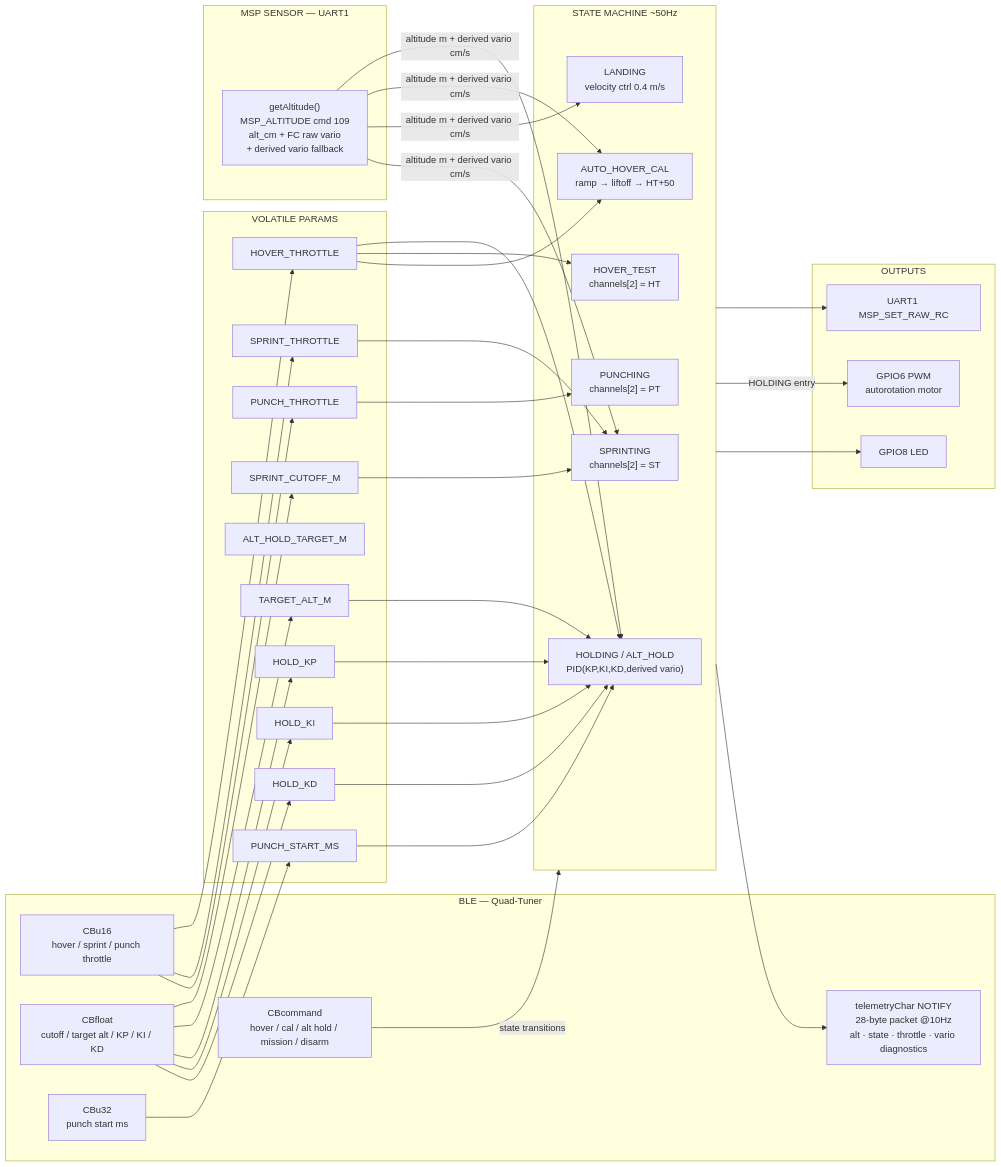
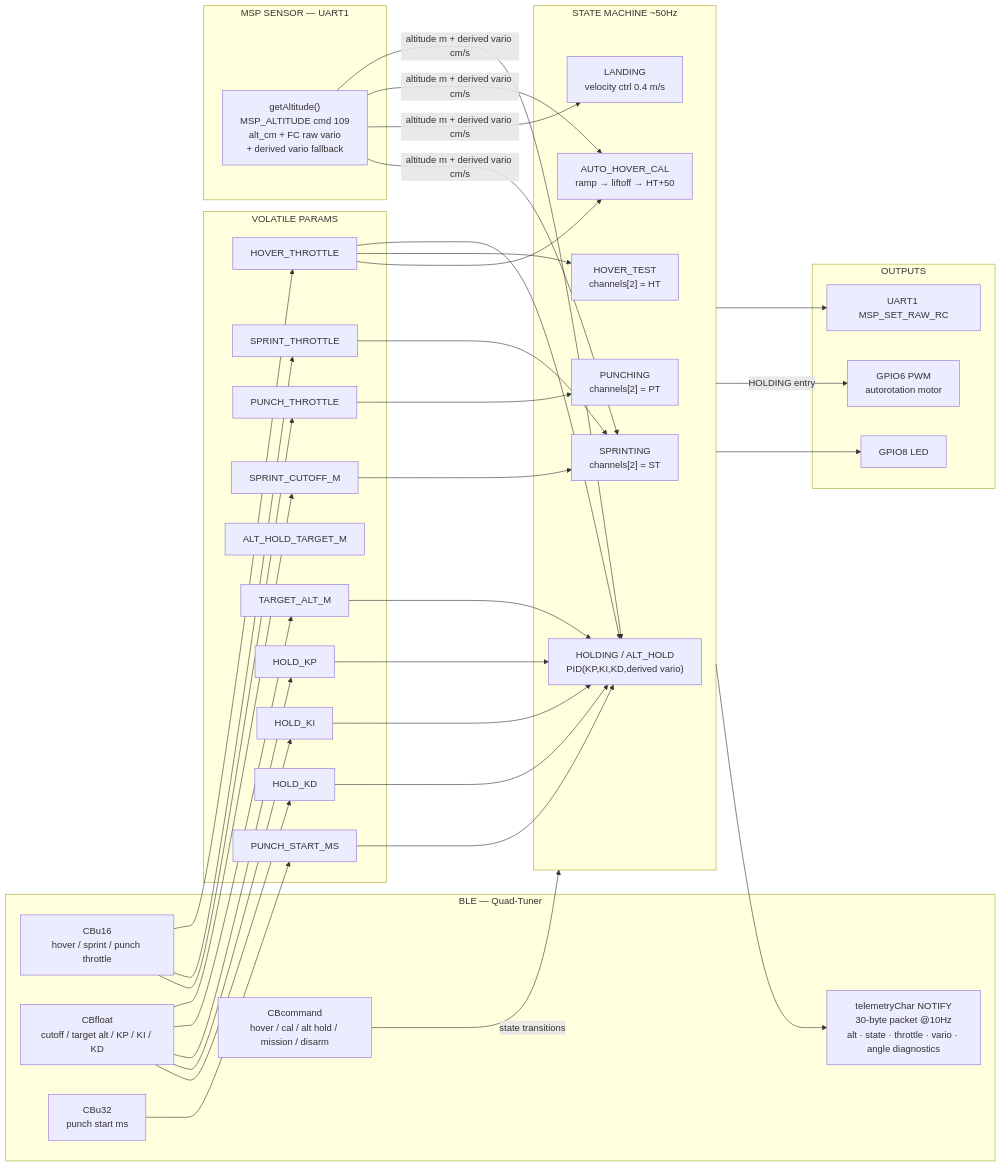
One commit to RyanHailey21/esp32_drone changed the second of 2 diagrams in README.md. Above: the diagram before and after it, drawn with Mermaid. The commit also changed other lines of this file and 9 other files, not shown here.

````diff
--- a/README.md
+++ b/README.md
@@ -337,62 +339,62 @@
 ```mermaid
 flowchart LR
     subgraph BLE["BLE — Quad-Tuner"]
         W1["CBu16\nhover / sprint / punch throttle"]
         W2["CBfloat\ncutoff / target alt / KP / KI / KD"]
         W3["CBu32\npunch start ms"]
         W4["CBcommand\nhover / cal / alt hold / mission / disarm"]
-        TEL["telemetryChar NOTIFY\n28-byte packet @10Hz\nalt · state · throttle · vario diagnostics"]
+        TEL["telemetryChar NOTIFY\n30-byte packet @10Hz\nalt · state · throttle · vario · angle diagnostics"]
     end
 
     subgraph PARAMS["VOLATILE PARAMS"]
         HT["HOVER_THROTTLE"]
         ST["SPRINT_THROTTLE"]
         SC["SPRINT_CUTOFF_M"]
         TA["TARGET_ALT_M"]
         AHT["ALT_HOLD_TARGET_M"]
         KP["HOLD_KP"]
         KI["HOLD_KI"]
         KD["HOLD_KD"]
         PS["PUNCH_START_MS"]
         PT["PUNCH_THROTTLE"]
     end
 
     subgraph SENSOR["MSP SENSOR — UART1"]
         ALT["getAltitude()\nMSP_ALTITUDE cmd 109\nalt_cm + FC raw vario\n+ derived vario fallback"]
     end
 
     subgraph SM["STATE MACHINE ~50Hz"]
         SPR["SPRINTING\nchannels[2] = ST"]
         HLD["HOLDING / ALT_HOLD\nPID(KP,KI,KD,derived vario)"]
         PUN["PUNCHING\nchannels[2] = PT"]
         HVT["HOVER_TEST\nchannels[2] = HT"]
         AHC["AUTO_HOVER_CAL\nramp → liftoff → HT+50"]
         LND["LANDING\nvelocity ctrl 0.4 m/s"]
     end
 
     subgraph OUT["OUTPUTS"]
         MSP_OUT["UART1 MSP_SET_RAW_RC"]
         PWM["GPIO6 PWM\nautorotation motor"]
         LED["GPIO8 LED"]
     end
 
     W1 --> HT & ST & PT
     W2 --> SC & TA & KP & KI & KD
     W3 --> PS
     W4 -->|state transitions| SM
 
     ALT -->|altitude m + derived vario cm/s| HLD & AHC & LND & SPR
 
     HT --> HLD & HVT & AHC
     ST --> SPR
     SC --> SPR
     TA --> HLD
     KP & KI & KD --> HLD
     PS --> HLD
     PT --> PUN
 
     SM --> MSP_OUT
     SM -->|HOLDING entry| PWM
     SM --> LED
     SM --> TEL
 ```
````
